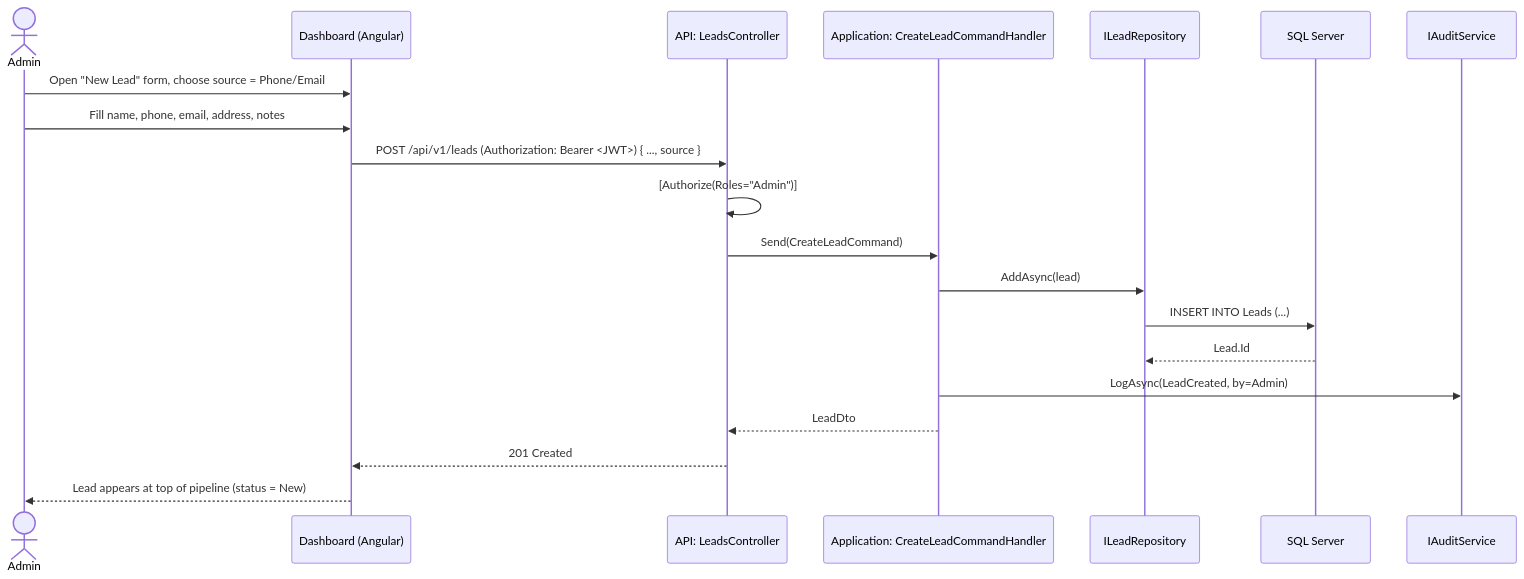
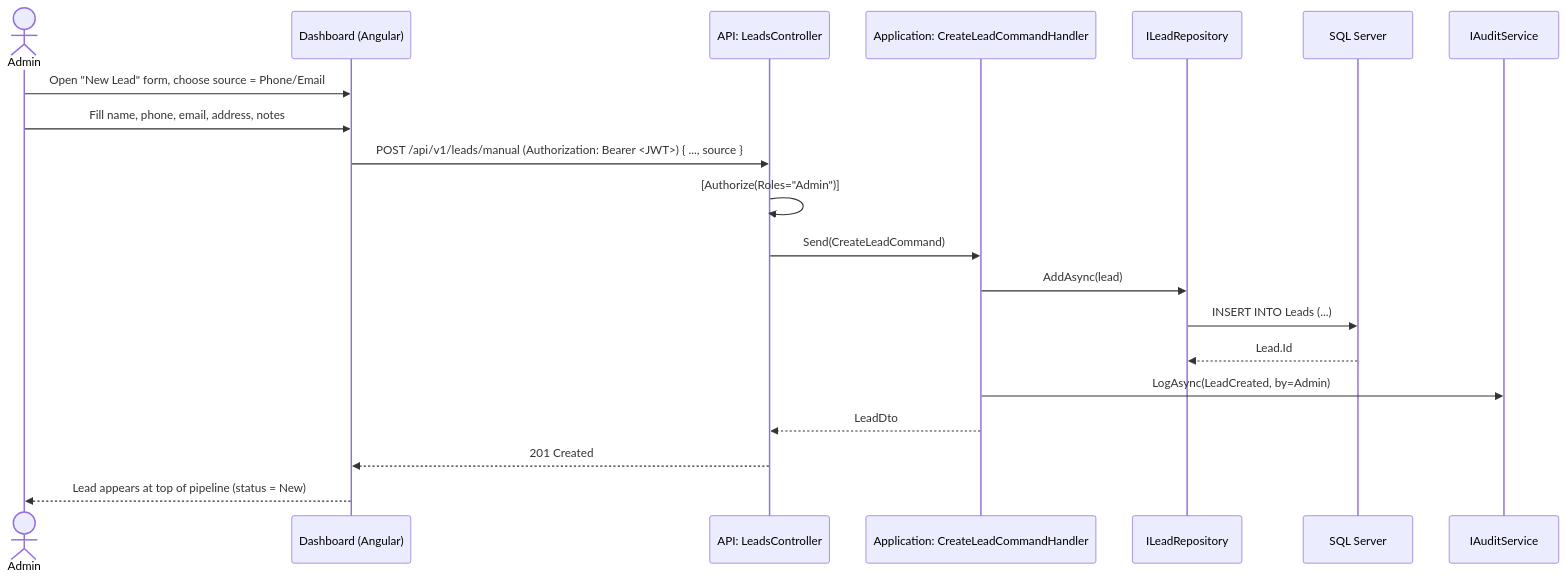
The second of 12 diagrams in Sequence Diagram.md (Keroleshanna/RenoTrack), drawn with Mermaid before and after one commit. The commit also changed other lines of this file and 136 other files, not shown here.

````diff
--- a/Sequence Diagram.md
+++ b/Sequence Diagram.md
@@ -58,23 +58,23 @@
 ```mermaid
 sequenceDiagram
     actor AD as Admin
     participant DASH as Dashboard (Angular)
     participant API as API: LeadsController
     participant APP as Application: CreateLeadCommandHandler
     participant REPO as ILeadRepository
     participant DB as SQL Server
     participant AUD as IAuditService
 
     AD->>DASH: Open "New Lead" form, choose source = Phone/Email
     AD->>DASH: Fill name, phone, email, address, notes
-    DASH->>API: POST /api/v1/leads (Authorization: Bearer <JWT>) { ..., source }
+    DASH->>API: POST /api/v1/leads/manual (Authorization: Bearer <JWT>) { ..., source }
     API->>API: [Authorize(Roles="Admin")]
     API->>APP: Send(CreateLeadCommand)
     APP->>REPO: AddAsync(lead)
     REPO->>DB: INSERT INTO Leads (...)
     DB-->>REPO: Lead.Id
     APP->>AUD: LogAsync(LeadCreated, by=Admin)
     APP-->>API: LeadDto
     API-->>DASH: 201 Created
     DASH-->>AD: Lead appears at top of pipeline (status = New)
 ```
````
